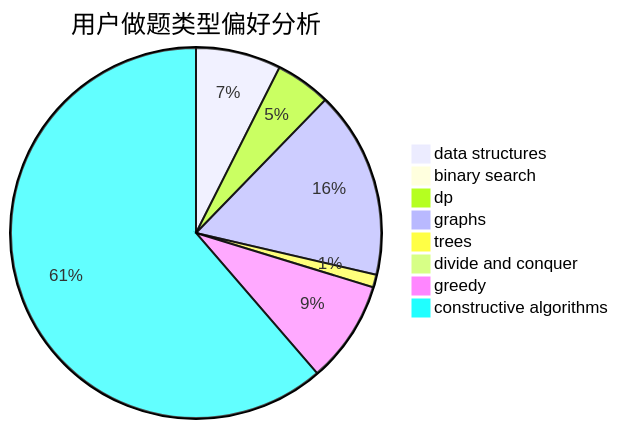
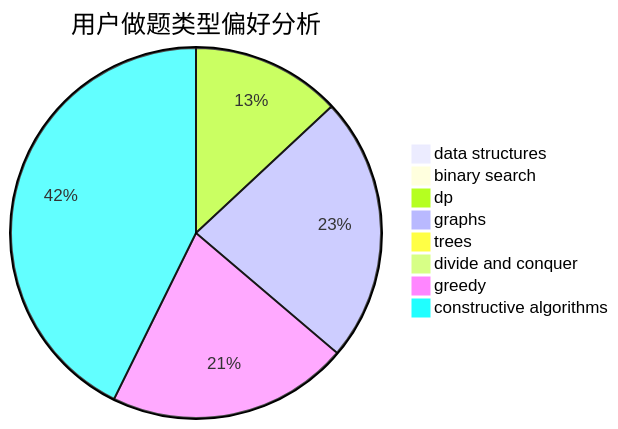
One commit to sherpahu/cfrs.github.io changed the second of 3 diagrams in docs/user/u2269.md. Above: the diagram before and after it, drawn with Mermaid. The commit also changed other lines of this file and 2770 other files, not shown here.

````diff
--- a/docs/user/u2269.md
+++ b/docs/user/u2269.md
@@ -23,11 +23,11 @@
 ```mermaid
 pie title 用户做题类型偏好分析
-    "data structures" :  20
-    "binary search" :  1
-    "dp" :  13
-    "graphs" :  44
-    "trees" :  3
+    "data structures" :  11
+    "binary search" :  0
+    "dp" :  169
+    "graphs" :  300
+    "trees" :  0
     "divide and conquer" :  0
-    "greedy" :  24
-    "constructive algorithms" :  165
+    "greedy" :  273
+    "constructive algorithms" :  553
 ```
````
